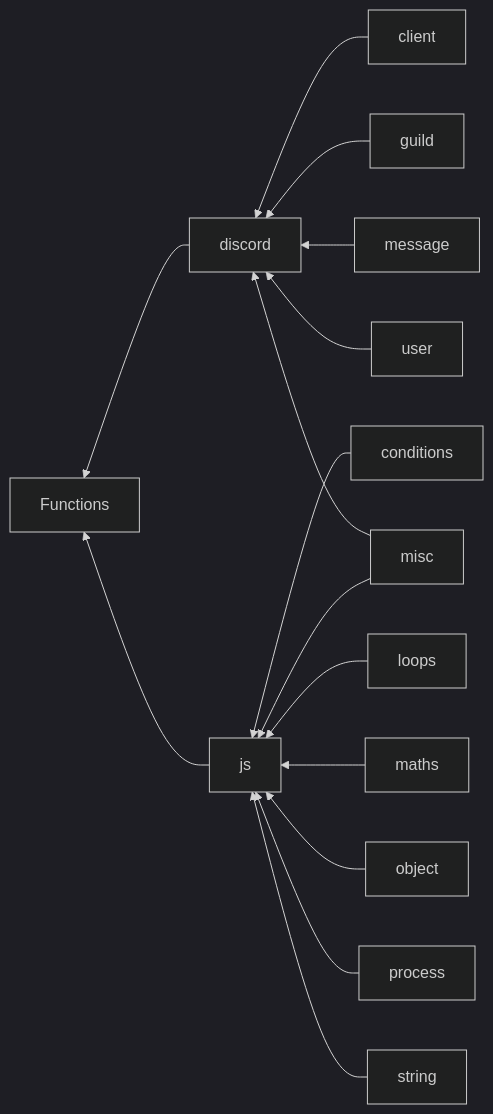
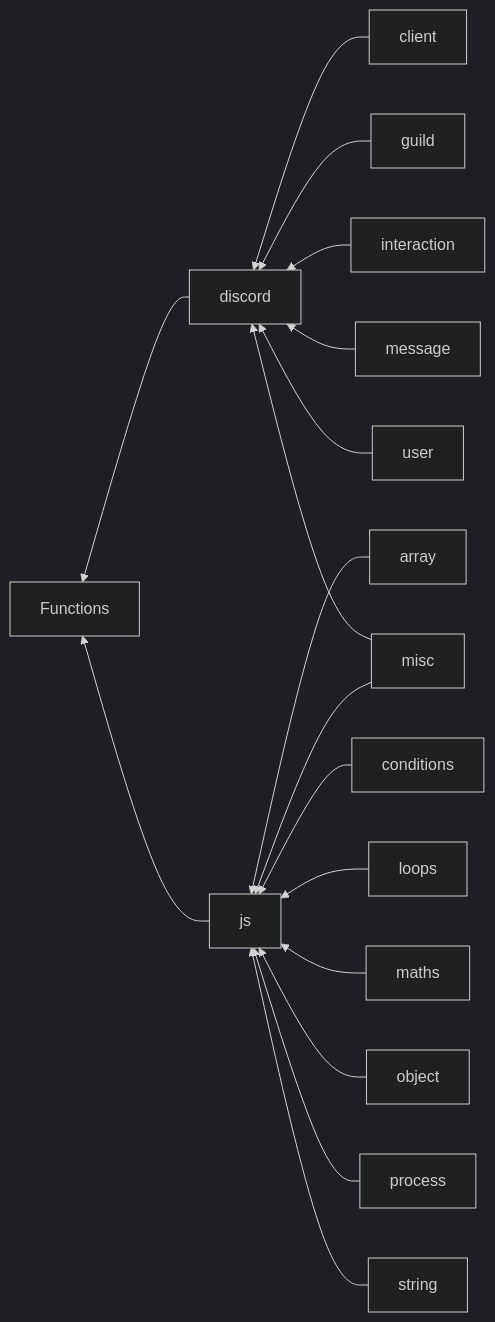
Before and after one commit to aoijs/aoi.js: the diagram in src/functions/README.md, drawn with Mermaid (dark theme). The commit also changed 28 other files, not shown here.

````diff
--- a/src/functions/README.md
+++ b/src/functions/README.md
@@ -4,17 +4,19 @@
 ```mermaid
 graph RL;
 discord --> Functions;
 js --> Functions;
 client --> discord;
 guild --> discord;
+interaction --> discord;
 message --> discord;
 misc --> discord;
 user --> discord;
+array --> js;
 conditions --> js;
 loops --> js;
 maths --> js;
 misc --> js;
 object --> js;
 process --> js;
 string --> js;
 ```
````
